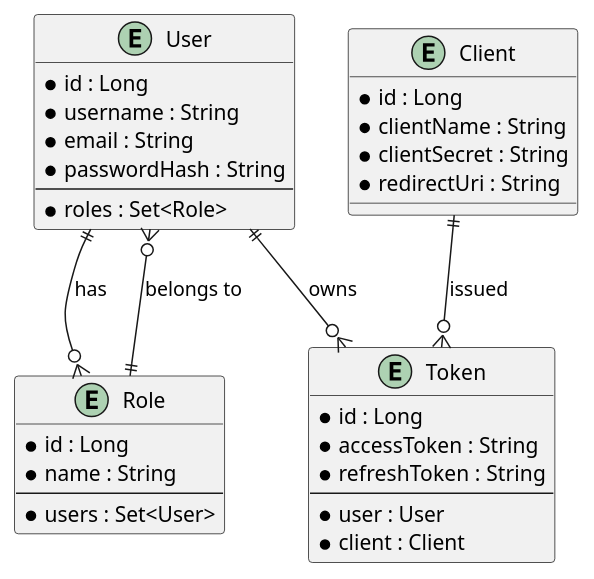
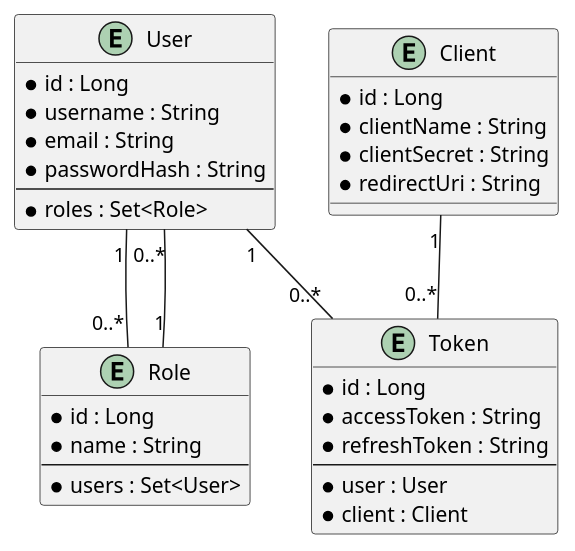
Before and after one commit to Dinesh-s95/AutoDoc.ai: the fifth of 5 diagrams in identityprovider/documentation/detaileddesign.adoc, drawn with PlantUML. The commit also changed other lines of this file and 4 other files, not shown here.

````diff
--- a/identityprovider/documentation/detaileddesign.adoc
+++ b/identityprovider/documentation/detaileddesign.adoc
@@ -346,40 +375,40 @@
 ```plantuml
 @startuml
 entity User {
-  * id : Long
-  * username : String
-  * email : String
-  * passwordHash : String
-  --
-  * roles : Set<Role>
+    * id : Long
+    * username : String
+    * email : String
+    * passwordHash : String
+    --
+    * roles : Set<Role>
 }
 
 entity Role {
-  * id : Long
-  * name : String
-  --
-  * users : Set<User>
+    * id : Long
+    * name : String
+    --
+    * users : Set<User>
 }
 
 entity Client {
-  * id : Long
-  * clientName : String
-  * clientSecret : String
-  * redirectUri : String
+    * id : Long
+    * clientName : String
+    * clientSecret : String
+    * redirectUri : String
 }
 
 entity Token {
-  * id : Long
-  * accessToken : String
-  * refreshToken : String
-  --
-  * user : User
-  * client : Client
+    * id : Long
+    * accessToken : String
+    * refreshToken : String
+    --
+    * user : User
+    * client : Client
 }
 
-User ||--o{ Role : has
-Role ||--o{ User : belongs to
-User ||--o{ Token : owns
-Client ||--o{ Token : issued
+User "1" -- "0..*" Role
+Role "1" -- "0..*" User
+User "1" -- "0..*" Token
+Client "1" -- "0..*" Token
 @enduml
 ```
````
